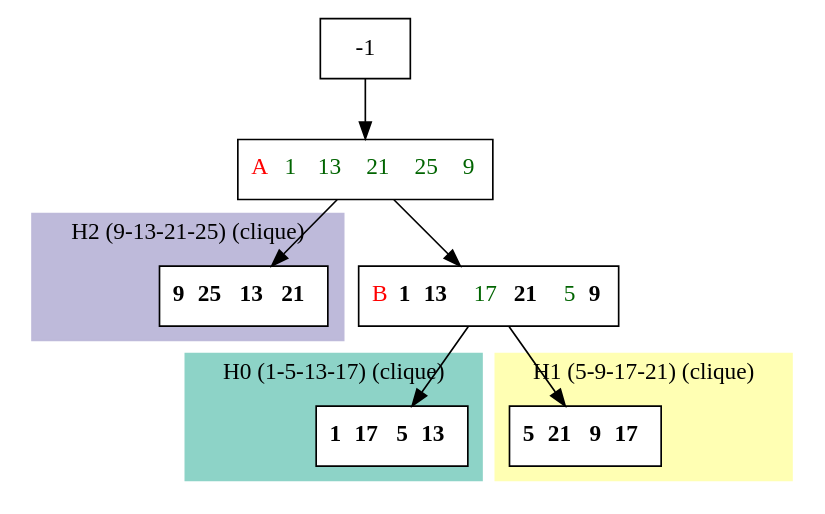
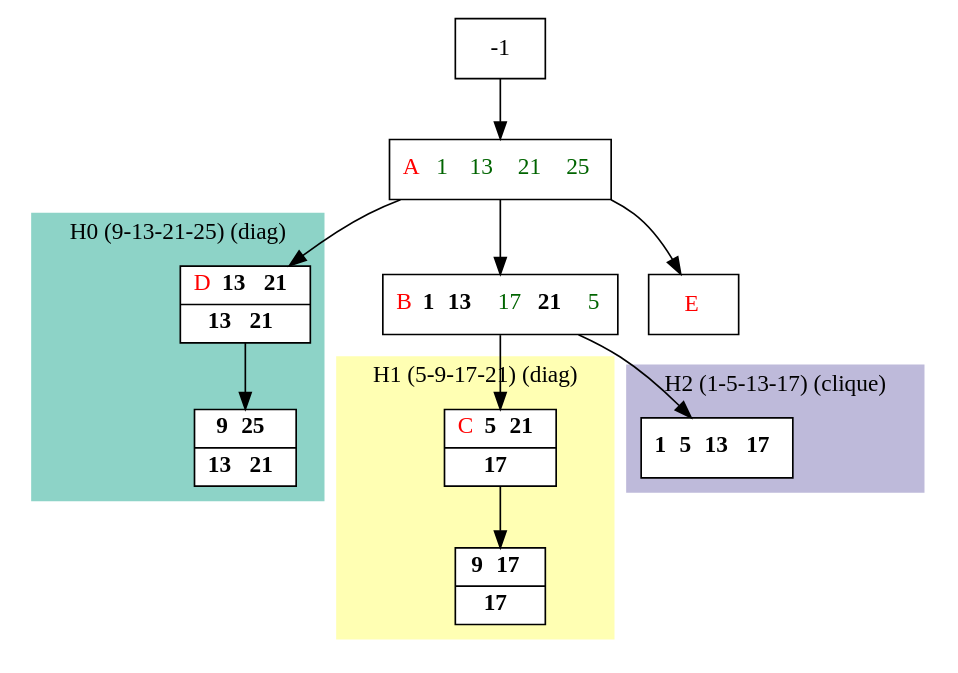
The diagram in results/compact_dot_files/compact_L.dot (bmarchand/auto-dp), drawn with Graphviz before and after one commit. The commit also changed 89 other files, not shown here.

```diff
--- a/results/compact_dot_files/compact_L.dot
+++ b/results/compact_dot_files/compact_L.dot
@@ -1,37 +1,41 @@
 digraph G {
     node [shape=box];
     subgraph cluster0 {
         node [style=filled,fillcolor=white];
         labeljust="l";
         style=filled;
         color="#8DD3C7";
-        H0_0;
-        label="H0 (1-5-13-17) (clique)";
+        H0_0 -> H0_5;
+        label="H0 (9-13-21-25) (diag)";
     }
     subgraph cluster1 {
         node [style=filled,fillcolor=white];
         labeljust="l";
         style=filled;
         color="#FFFFB3";
-        H1_0;
-        label="H1 (5-9-17-21) (clique)";
+        H1_0 -> H1_5;
+        label="H1 (5-9-17-21) (diag)";
     }
     subgraph cluster2 {
         node [style=filled,fillcolor=white];
         labeljust="l";
         style=filled;
         color="#BEBADA";
         H2_0;
-        label="H2 (9-13-21-25) (clique)";
+        label="H2 (1-5-13-17) (clique)";
     }
-     14 [shape=record,label= <{  <FONT COLOR="RED">A</FONT>  <FONT COLOR="DARKGREEN">1</FONT>  <FONT COLOR="DARKGREEN">13</FONT>  <FONT COLOR="DARKGREEN">21</FONT>  <FONT COLOR="DARKGREEN">25</FONT>  <FONT COLOR="DARKGREEN">9</FONT>}> ];
+     14 [shape=record,label= <{  <FONT COLOR="RED">A</FONT>  <FONT COLOR="DARKGREEN">1</FONT>  <FONT COLOR="DARKGREEN">13</FONT>  <FONT COLOR="DARKGREEN">21</FONT>  <FONT COLOR="DARKGREEN">25</FONT>}> ];
      -1  ->  14;
-     H2_0 [shape=record,label= <{ <b>9</b> <b>25</b> <b>13</b> <b>21</b>}> ];
-     14  ->  H2_0;
-     1 [shape=record,label= <{  <FONT COLOR="RED">B</FONT> <b>1</b> <b>13</b>  <FONT COLOR="DARKGREEN">17</FONT> <b>21</b>  <FONT COLOR="DARKGREEN">5</FONT> <b>9</b>}> ];
+     1 [shape=record,label= <{  <FONT COLOR="RED">B</FONT> <b>1</b> <b>13</b>  <FONT COLOR="DARKGREEN">17</FONT> <b>21</b>  <FONT COLOR="DARKGREEN">5</FONT>}> ];
      14  ->  1;
-     H0_0 [shape=record,label= <{ <b>1</b> <b>17</b> <b>5</b> <b>13</b>}> ];
-     1  ->  H0_0;
-     H1_0 [shape=record,label= <{ <b>5</b> <b>21</b> <b>9</b> <b>17</b>}> ];
+     H2_0 [shape=record,label= <{ <b>1</b> <b>5</b> <b>13</b> <b>17</b>}> ];
+     1  ->  H2_0;
+     H1_0 [shape=record,label= <{  <FONT COLOR="RED">C</FONT> <b>5</b> <b>21</b>|  <b>17</b>}> ];
      1  ->  H1_0;
+     H1_5 [shape=record,label= <{ <b>9</b> <b>17</b>|  <b>17</b>}> ];
+     H0_0 [shape=record,label= <{  <FONT COLOR="RED">D</FONT> <b>13</b> <b>21</b>|  <b>13</b> <b>21</b>}> ];
+     14  ->  H0_0;
+     H0_5 [shape=record,label= <{ <b>9</b> <b>25</b>|  <b>13</b> <b>21</b>}> ];
+     _1 [shape=record,label= <{  <FONT COLOR="RED">E</FONT>}> ];
+     14  ->  _1;
 }
```
